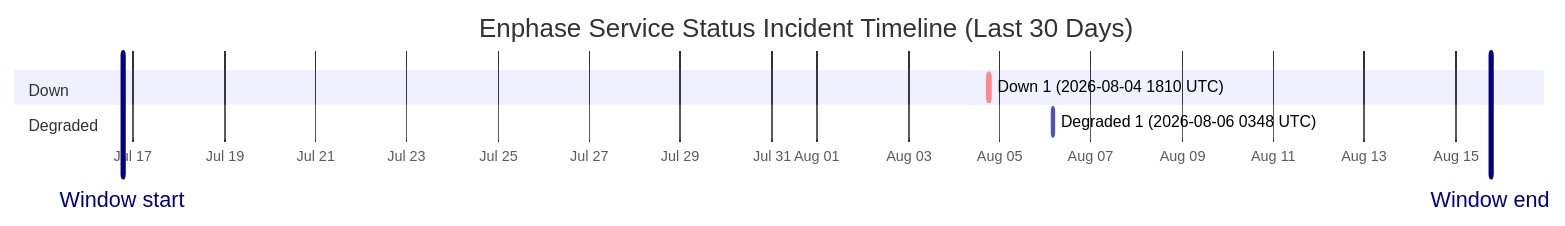
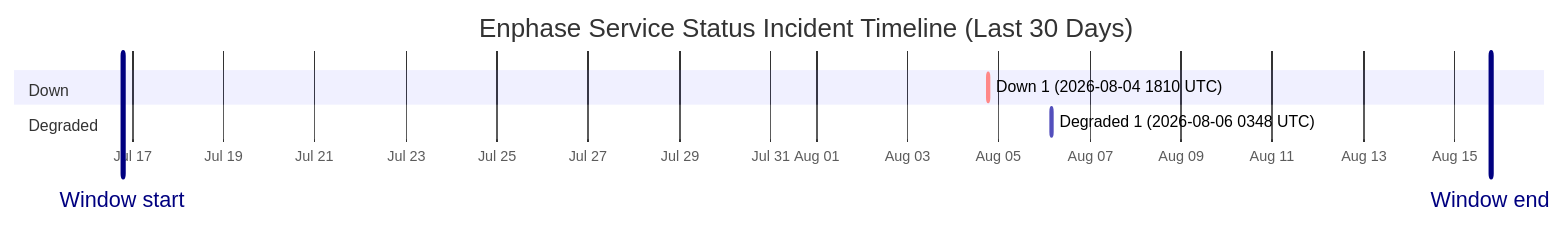
Before and after one commit to barneyonline/ha-enphase-energy: the diagram in wiki/Service-Status-History.md, drawn with Mermaid. The commit also changed other lines of this file and 3 other files, not shown here.

````diff
--- a/wiki/Service-Status-History.md
+++ b/wiki/Service-Status-History.md
@@ -14,12 +14,12 @@
 ```mermaid
 gantt
     title Enphase Service Status Incident Timeline (Last 30 Days)
     dateFormat  YYYY-MM-DDTHH:mm:ss
     axisFormat  %b %d
-    Window start :vert, window-start, 2026-07-16T18:26:04, 0ms
-    Window end :vert, window-end, 2026-08-15T18:26:04, 0ms
+    Window start :vert, window-start, 2026-07-16T18:56:21, 0ms
+    Window end :vert, window-end, 2026-08-15T18:56:21, 0ms
     section Down
     Down 1 (2026-08-04 1810 UTC) :crit, down-1, 2026-08-04T18:10:46, 60m
     section Degraded
     Degraded 1 (2026-08-06 0348 UTC) :active, degraded-1, 2026-08-06T03:48:14, 60m
 ```
````
